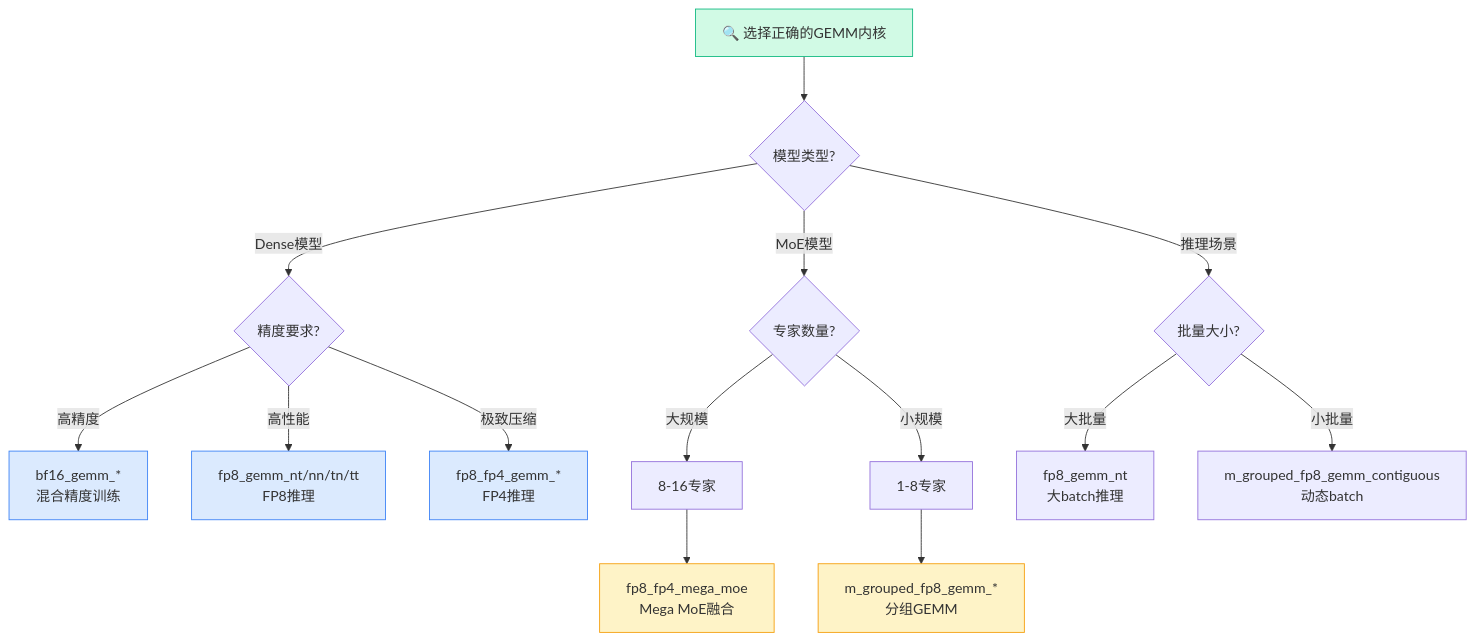
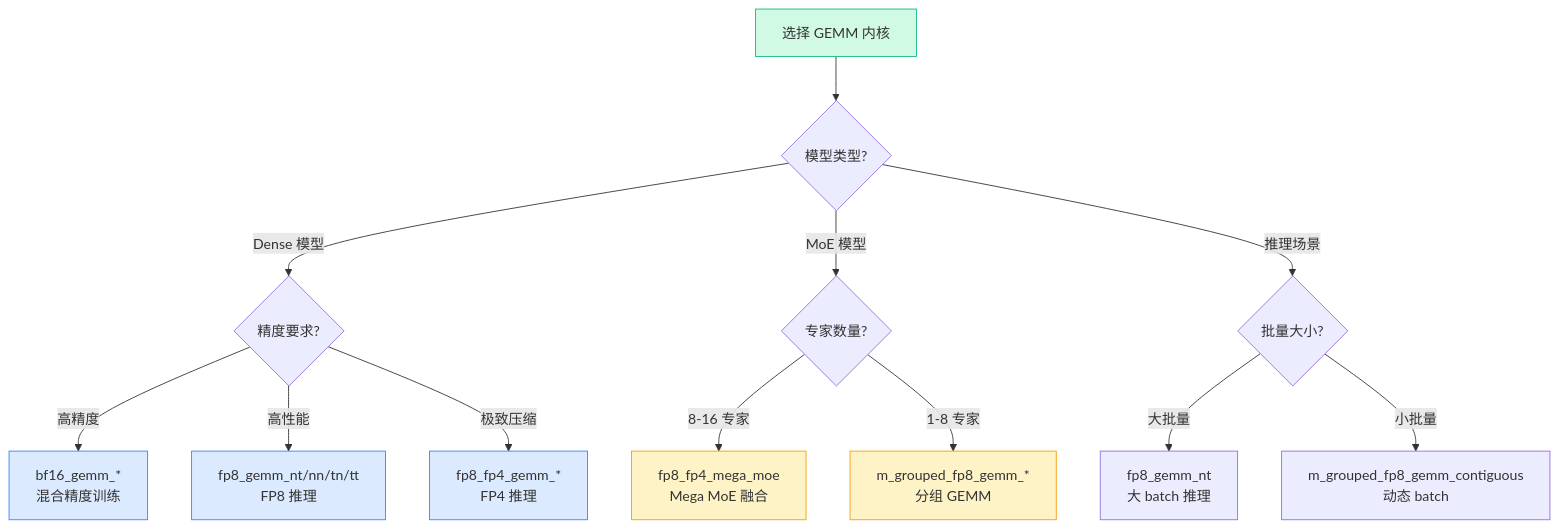
One commit to A1pha3/text-matrix changed the sixth of 6 diagrams in content/posts/tech/deepgemm-high-performance-fp8-gemm-kernels.md. Above: the diagram before and after it, drawn with Mermaid. The commit also changed other lines of this file and 25 other files, not shown here.

````diff
--- a/content/posts/tech/deepgemm-high-performance-fp8-gemm-kernels.md
+++ b/content/posts/tech/deepgemm-high-performance-fp8-gemm-kernels.md
@@ -611,26 +579,24 @@
 ```mermaid
 flowchart TD
-    START["🔍 选择正确的GEMM内核"] --> Q1{模型类型?}
-    Q1 -->|Dense模型| Q2{精度要求?}
-    Q1 -->|MoE模型| MOE{专家数量?}
+    START["选择 GEMM 内核"] --> Q1{模型类型?}
+    Q1 -->|Dense 模型| Q2{精度要求?}
+    Q1 -->|MoE 模型| MOE{专家数量?}
     Q1 -->|推理场景| Q3{批量大小?}
 
     Q2 -->|高精度| BF16["bf16_gemm_*<br/>混合精度训练"]
-    Q2 -->|高性能| FP8["fp8_gemm_nt/nn/tn/tt<br/>FP8推理"]
-    Q2 -->|极致压缩| FP4["fp8_fp4_gemm_*<br/>FP4推理"]
+    Q2 -->|高性能| FP8["fp8_gemm_nt/nn/tn/tt<br/>FP8 推理"]
+    Q2 -->|极致压缩| FP4["fp8_fp4_gemm_*<br/>FP4 推理"]
 
-    MOCE[8-16专家] --> MEGA["fp8_fp4_mega_moe<br/>Mega MoE融合"]
-    MOLE[1-8专家] --> GROUP["m_grouped_fp8_gemm_*<br/>分组GEMM"]
-    MOE -->|大规模| MOCE
-    MOE -->|小规模| MOLE
+    MOE -->|8-16 专家| MEGA["fp8_fp4_mega_moe<br/>Mega MoE 融合"]
+    MOE -->|1-8 专家| GROUP["m_grouped_fp8_gemm_*<br/>分组 GEMM"]
 
-    Q3 -->|大批量| LARGE["fp8_gemm_nt<br/>大batch推理"]
-    Q3 -->|小批量| SMALL["m_grouped_fp8_gemm_contiguous<br/>动态batch"]
+    Q3 -->|大批量| LARGE["fp8_gemm_nt<br/>大 batch 推理"]
+    Q3 -->|小批量| SMALL["m_grouped_fp8_gemm_contiguous<br/>动态 batch"]
 
     style START fill:#d1fae5,stroke:#10b981
     style BF16 fill:#dbeafe,stroke:#3b82f6
     style FP8 fill:#dbeafe,stroke:#3b82f6
     style FP4 fill:#dbeafe,stroke:#3b82f6
     style MEGA fill:#fef3c7,stroke:#f59e0b
     style GROUP fill:#fef3c7,stroke:#f59e0b
 ```
````
